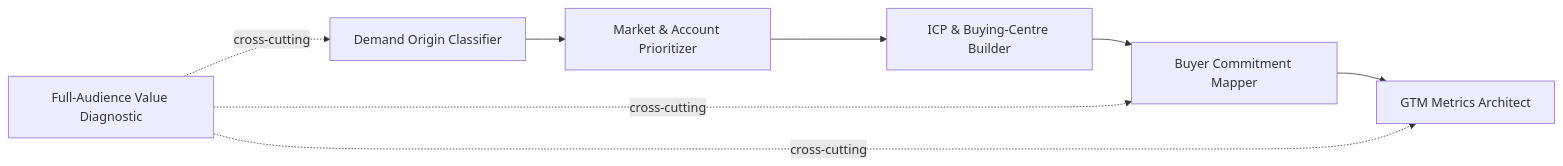
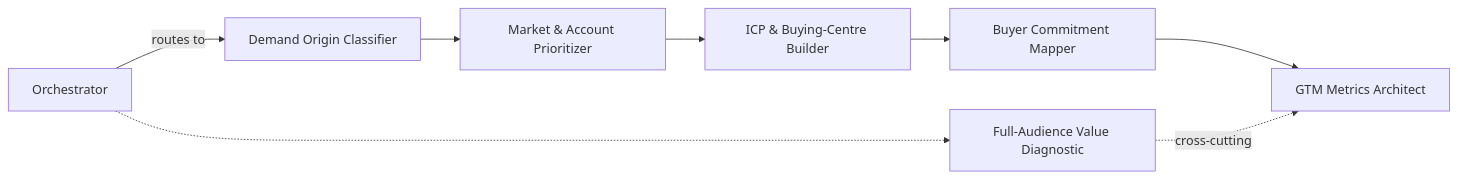
Before and after one commit to christopherswarup/portfolio: the diagram in gtmskills/README.md, drawn with Mermaid. The commit also changed other lines of this file and 1 other file, not shown here.

First line of the commit message:
Add gtm-diagnostic-orchestrator + expand README

````diff
--- a/gtmskills/README.md
+++ b/gtmskills/README.md
@@ -9,10 +21,10 @@
 ```mermaid
 graph LR
-    A[Demand Origin Classifier] --> B[Market & Account Prioritizer]
+    O[Orchestrator] -->|routes to| A[Demand Origin Classifier]
+    A --> B[Market & Account Prioritizer]
     B --> C[ICP & Buying-Centre Builder]
     C --> D[Buyer Commitment Mapper]
     D --> E[GTM Metrics Architect]
-    F[Full-Audience Value Diagnostic] -.cross-cutting.-> A
-    F -.cross-cutting.-> D
+    O -.-> F[Full-Audience Value Diagnostic]
     F -.cross-cutting.-> E
 ```
````
